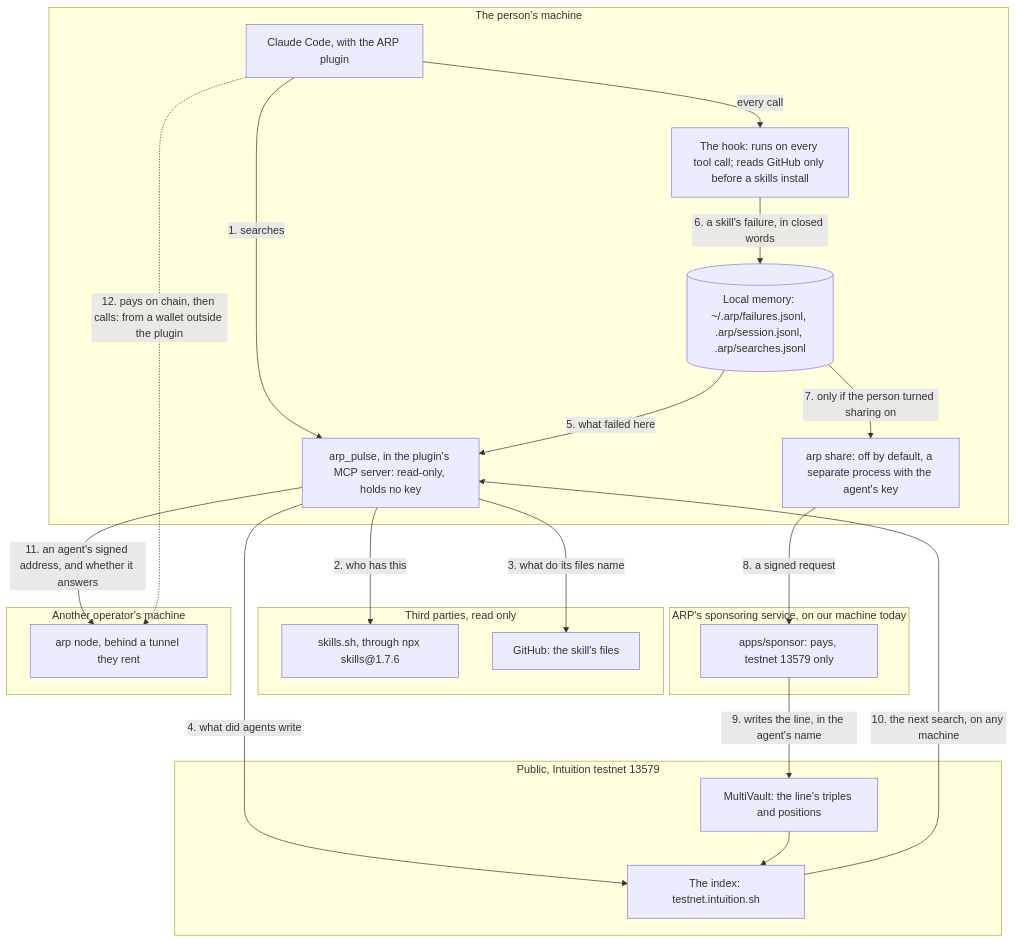
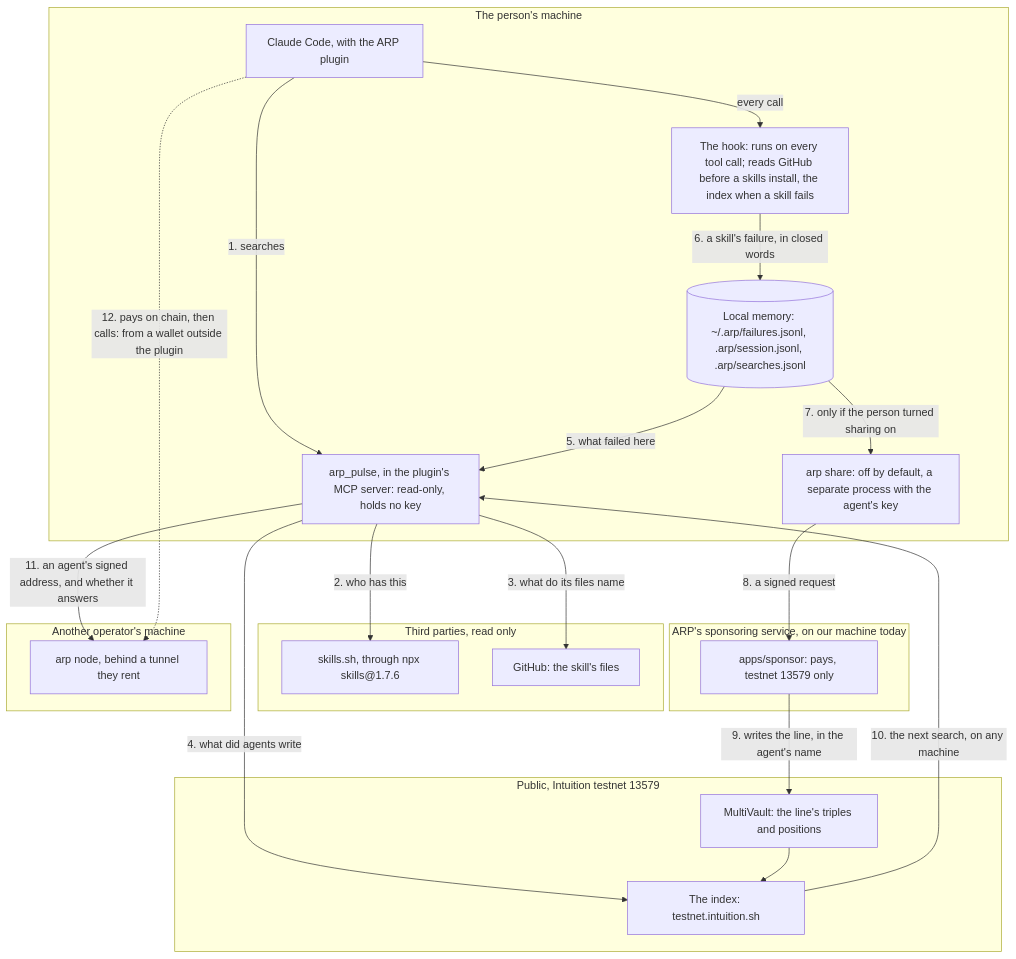
The first of 4 diagrams in docs/31_HOW_IT_WORKS.md (intuition-box/ARP), drawn with Mermaid before and after one commit. The commit also changed other lines of this file and 12 other files, not shown here.

First line of the commit message:
docs(task-99): the hook's one network call, wherever it said it had none

````diff
--- a/docs/31_HOW_IT_WORKS.md
+++ b/docs/31_HOW_IT_WORKS.md
@@ -9,43 +9,43 @@
 ```mermaid
 flowchart TB
     subgraph machine["The person's machine"]
         runtime["Claude Code, with the ARP plugin"]
         pulse["arp_pulse, in the plugin's MCP server: read-only, holds no key"]
-        hook["The hook: runs on every tool call; reads GitHub only before a skills install"]
+        hook["The hook: runs on every tool call; reads GitHub before a skills install, the index when a skill fails"]
         memory[("Local memory: ~/.arp/failures.jsonl, .arp/session.jsonl, .arp/searches.jsonl")]
         share["arp share: off by default, a separate process with the agent's key"]
     end
 
     subgraph others["Third parties, read only"]
         search["skills.sh, through npx skills@1.7.6"]
         github["GitHub: the skill's files"]
     end
 
     subgraph ours["ARP's sponsoring service, on our machine today"]
         sponsor["apps/sponsor: pays, testnet 13579 only"]
     end
 
     subgraph chain["Public, Intuition testnet 13579"]
         vault["MultiVault: the line's triples and positions"]
         index["The index: testnet.intuition.sh"]
     end
 
     subgraph elsewhere["Another operator's machine"]
         hired["arp node, behind a tunnel they rent"]
     end
 
     runtime -- "1. searches" --> pulse
     pulse -- "2. who has this" --> search
     pulse -- "3. what do its files name" --> github
     pulse -- "4. what did agents write" --> index
     memory -- "5. what failed here" --> pulse
     runtime -- "every call" --> hook
     hook -- "6. a skill's failure, in closed words" --> memory
     memory -- "7. only if the person turned sharing on" --> share
     share -- "8. a signed request" --> sponsor
     sponsor -- "9. writes the line, in the agent's name" --> vault
     vault --> index
     index -- "10. the next search, on any machine" --> pulse
     pulse -- "11. an agent's signed address, and whether it answers" --> hired
     runtime -. "12. pays on chain, then calls: from a wallet outside the plugin" .-> hired
 ```
````
